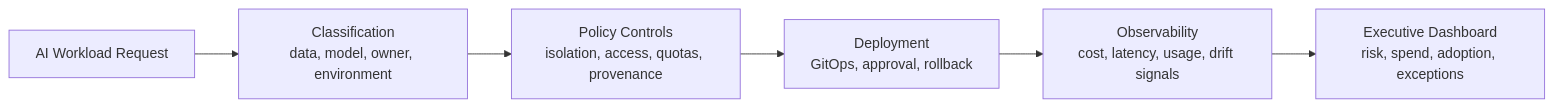
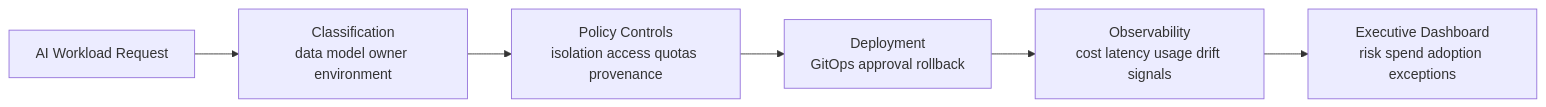
One commit to serewicz/k8s-platform-blueprint changed the diagram in docs/ai-infrastructure-governance.md. Above: the diagram before and after it, drawn with Mermaid. The commit also changed 6 other files, not shown here.

Commit message:
Fix Mermaid diagram rendering

````diff
--- a/docs/ai-infrastructure-governance.md
+++ b/docs/ai-infrastructure-governance.md
@@ -20,8 +20,8 @@
 ```mermaid
 flowchart LR
-    A["AI Workload Request"] --> B["Classification<br/>data, model, owner, environment"]
-    B --> C["Policy Controls<br/>isolation, access, quotas, provenance"]
-    C --> D["Deployment<br/>GitOps, approval, rollback"]
-    D --> E["Observability<br/>cost, latency, usage, drift signals"]
-    E --> F["Executive Dashboard<br/>risk, spend, adoption, exceptions"]
+    A["AI Workload Request"] --> B["Classification<br/>data model owner environment"]
+    B --> C["Policy Controls<br/>isolation access quotas provenance"]
+    C --> D["Deployment<br/>GitOps approval rollback"]
+    D --> E["Observability<br/>cost latency usage drift signals"]
+    E --> F["Executive Dashboard<br/>risk spend adoption exceptions"]
 ```
````
